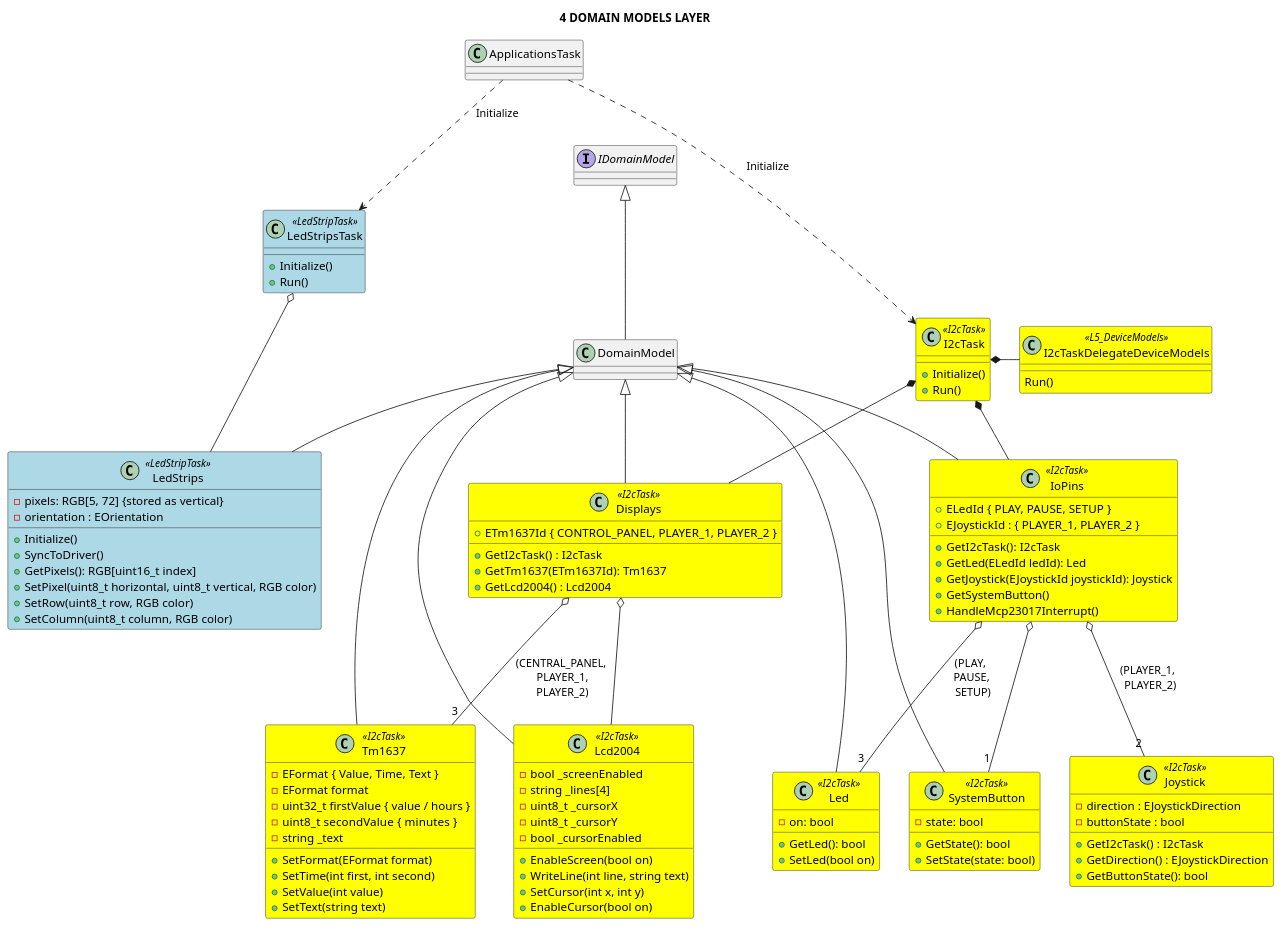
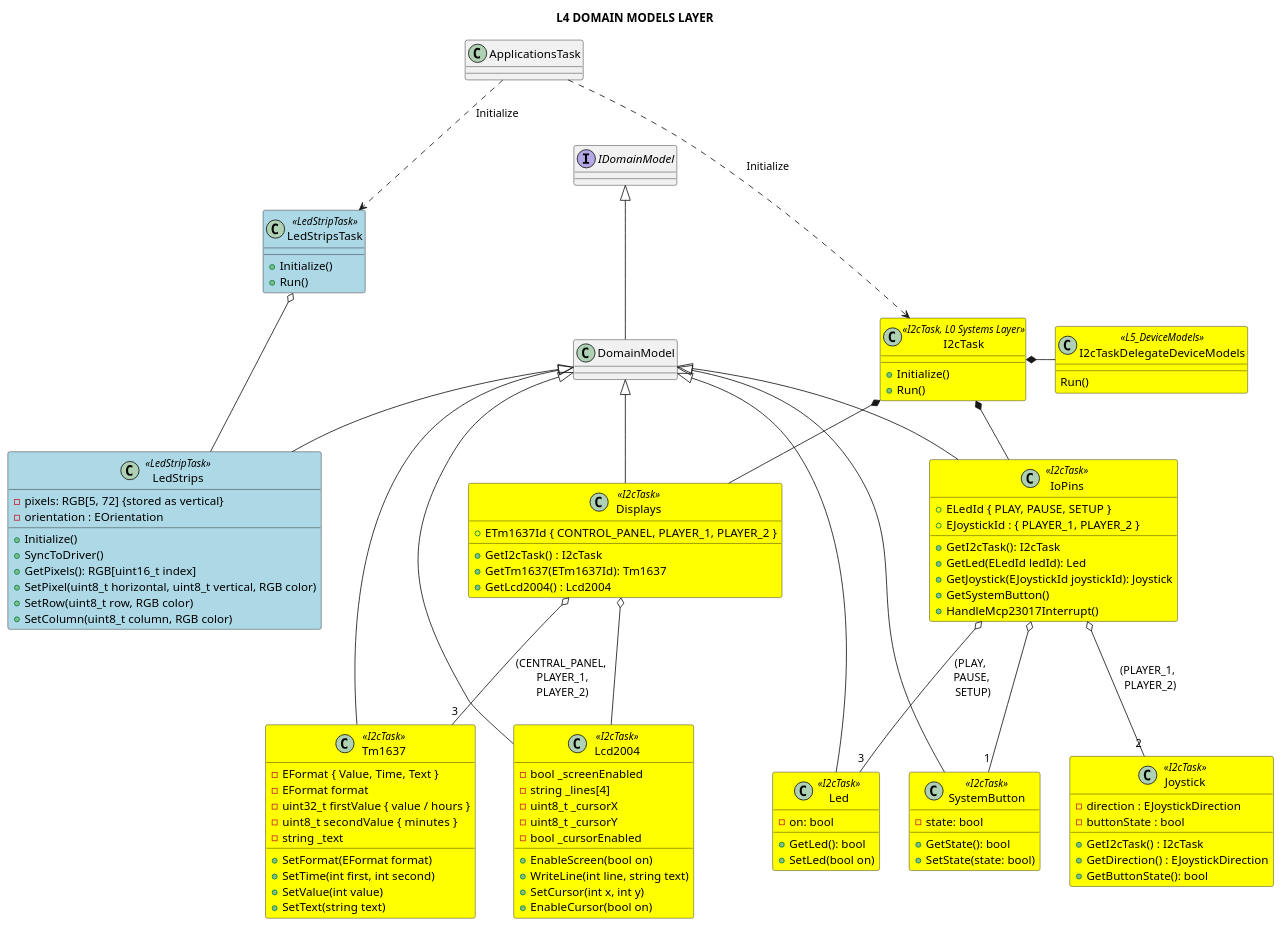
The diagram in Docs/Software Design/Layers/L4_domain_models_layer.puml (michelkeijzers/fraxis), drawn with PlantUML before and after one commit. The commit also changed 122 other files, not shown here.

```diff
--- a/Docs/Software Design/Layers/L4_domain_models_layer.puml
+++ b/Docs/Software Design/Layers/L4_domain_models_layer.puml
@@ -1,144 +1,144 @@
 @startuml
 
-title 4 DOMAIN MODELS LAYER
+title L4 DOMAIN MODELS LAYER
 
 skinparam packageStyle rectangle
 skinparam lineThickness 2
 
-class I2cTask <<I2cTask>> #yellow
+class I2cTask <<I2cTask, L0 Systems Layer>> #yellow
 {
     + Initialize()
     + Run()
 }
 
 I2cTask *-- IoPins
 ApplicationsTask ...> I2cTask : Initialize
 
 class I2cTaskDelegateDeviceModels <<L5_DeviceModels>> #yellow
 {
     Run()
 }
 
 I2cTask *- I2cTaskDelegateDeviceModels
 
 interface IDomainModel 
 {
 }
 
 class DomainModel 
 {
 }
 
 DomainModel -u-|> IDomainModel
 
 class IoPins <<I2cTask>> #yellow
 {
     + GetI2cTask(): I2cTask
     + ELedId { PLAY, PAUSE, SETUP }
     + EJoystickId : { PLAYER_1, PLAYER_2 }
     + GetLed(ELedId ledId): Led
     + GetJoystick(EJoystickId joystickId): Joystick
     + GetSystemButton()
     + HandleMcp23017Interrupt()
 }
 
 IoPins -u-|> DomainModel
 
 class Joystick  <<I2cTask>> #yellow
 {
     - direction : EJoystickDirection
     - buttonState : bool
     + GetI2cTask() : I2cTask
     + GetDirection() : EJoystickDirection
     + GetButtonState(): bool
 }
 
 IoPins o-- "2" Joystick : (PLAYER_1, \n PLAYER_2)
 
 class SystemButton <<I2cTask>> #yellow
 {
     - state: bool 
     + GetState(): bool 
     + SetState(state: bool) 
 }
 
 SystemButton -u-|> DomainModel
 IoPins o-- "1" SystemButton 
 
 class Displays <<I2cTask>> #yellow
 {
     + GetI2cTask() : I2cTask
     + ETm1637Id { CONTROL_PANEL, PLAYER_1, PLAYER_2 }
     + GetTm1637(ETm1637Id): Tm1637
     + GetLcd2004() : Lcd2004
 }
 
 Displays -u-|> DomainModel
 I2cTask *-- Displays
 
 class Led <<I2cTask>> #yellow
 {
     - on: bool
     + GetLed(): bool
     + SetLed(bool on)
 }
 
 Led -u-|> DomainModel
 IoPins o-- "3" Led : (PLAY, \n PAUSE, \n SETUP)
 
 class Lcd2004 <<I2cTask>> #yellow
 {
     - bool _screenEnabled
     - string _lines[4]
     - uint8_t _cursorX
     - uint8_t _cursorY
     - bool _cursorEnabled
     + EnableScreen(bool on)
     + WriteLine(int line, string text)
     + SetCursor(int x, int y)
     + EnableCursor(bool on)
 }
 
 Lcd2004 -u-|> DomainModel
 Displays o-- Lcd2004
 
 class Tm1637 <<I2cTask>> #yellow
 {
     - EFormat { Value, Time, Text }
     - EFormat format
     - uint32_t firstValue { value / hours }
     - uint8_t secondValue  { minutes }
     - string _text
     + SetFormat(EFormat format)
     + SetTime(int first, int second) 
     + SetValue(int value)
     + SetText(string text)
 }
 
 Tm1637 -u-|> DomainModel
 Displays o-- "3" Tm1637 : (CENTRAL_PANEL,\n PLAYER_1,\n PLAYER_2)
 
 class LedStripsTask <<LedStripTask>> #lightblue
 {
     + Initialize()
     + Run()
 }
 
 ApplicationsTask ..> LedStripsTask : Initialize
 
 class LedStrips  <<LedStripTask>> #lightblue
 {
     - pixels: RGB[5, 72] {stored as vertical}
     - orientation : EOrientation
     + Initialize()
     + SyncToDriver()
     + GetPixels(): RGB[uint16_t index]
     + SetPixel(uint8_t horizontal, uint8_t vertical, RGB color)
     + SetRow(uint8_t row, RGB color)
     + SetColumn(uint8_t column, RGB color)
 }
 
 LedStrips -u-|> DomainModel
 LedStripsTask o- LedStrips
 
 @enduml
```
